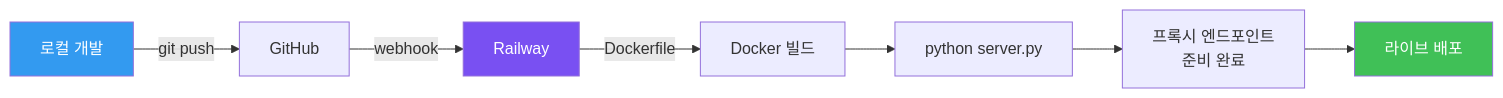
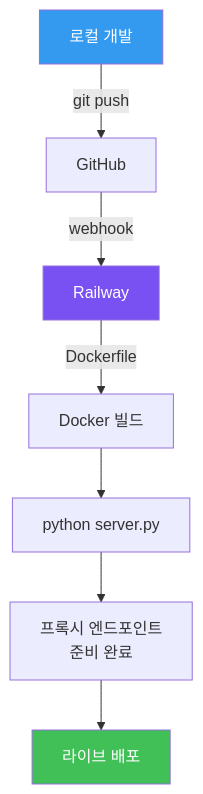
Before and after one commit to Technoetic/blog-generator: diagram 11 of 11 in README.md, drawn with Mermaid. The commit also changed other lines of this file, not shown here.

First line of the commit message:
docs: 테이블 보정 + 배포 흐름 mermaid를 세로(TD)로 변경

````diff
--- a/README.md
+++ b/README.md
@@ -601,13 +601,13 @@
 ```mermaid
-graph LR
+graph TD
     DEV["로컬 개발"] -->|git push| GH["GitHub"]
     GH -->|webhook| RAIL["Railway"]
     RAIL -->|Dockerfile| BLD["Docker 빌드"]
     BLD --> UV["python server.py"]
     UV --> PROXY["프록시 엔드포인트<br/>준비 완료"]
     PROXY --> LIVE["라이브 배포"]
 
     style DEV fill:#339af0,color:#fff
     style RAIL fill:#7950f2,color:#fff
     style LIVE fill:#40c057,color:#fff
 ```
````
